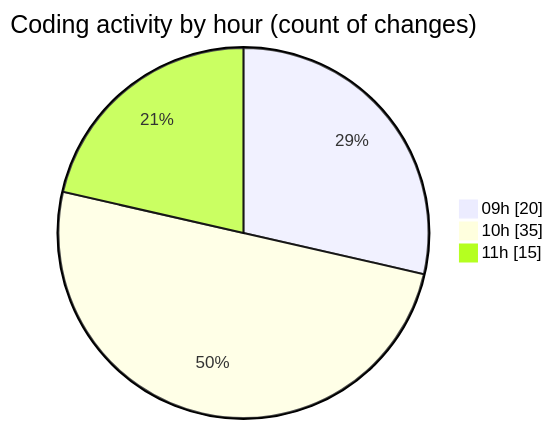
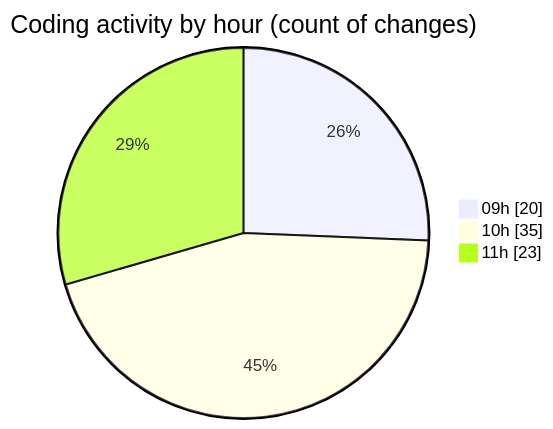
Before and after one commit to CELIANVF/code-tracking: the second of 2 diagrams in 2025-06-10/ecodeli-1/README.md, drawn with Mermaid. The commit also changed other lines of this file and 1 other file, not shown here.

````diff
--- a/2025-06-10/ecodeli-1/README.md
+++ b/2025-06-10/ecodeli-1/README.md
@@ -59,7 +62,7 @@
 ```mermaid
 pie showData
 title Coding activity by hour (count of changes)
 "09h" : 20
 "10h" : 35
-"11h" : 15
+"11h" : 23
 ```
````
